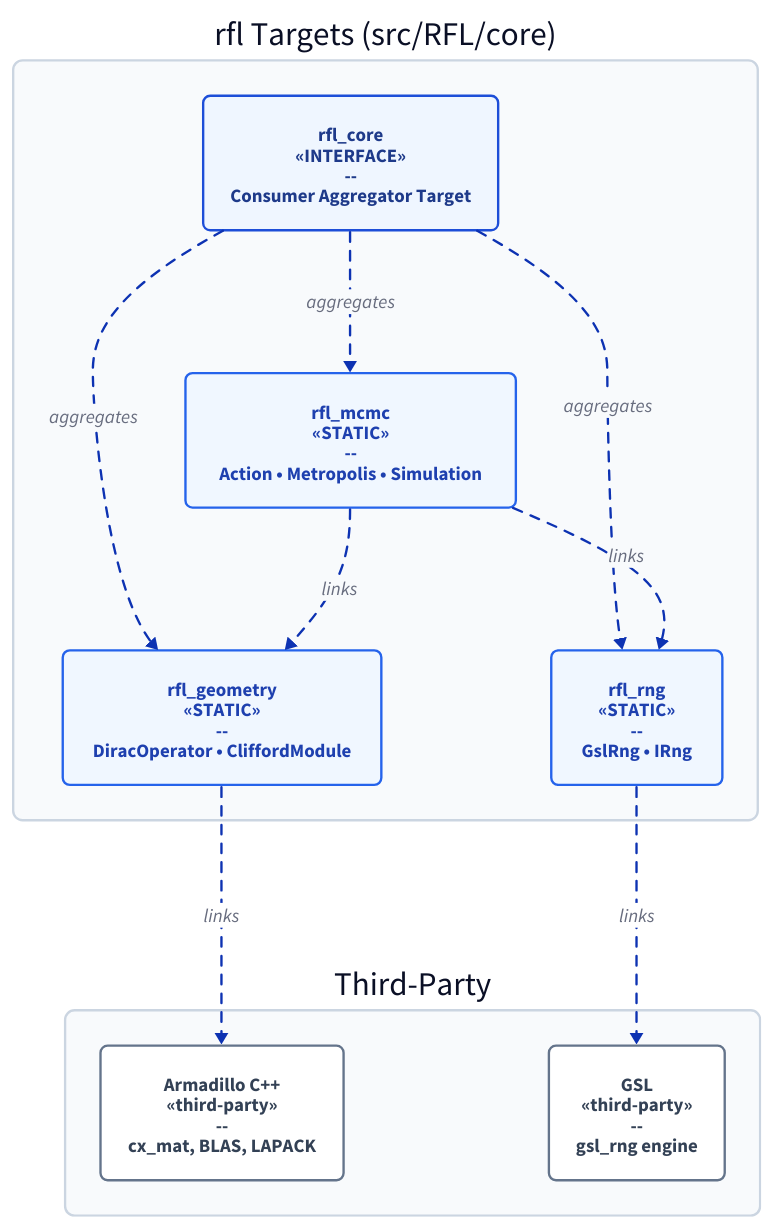
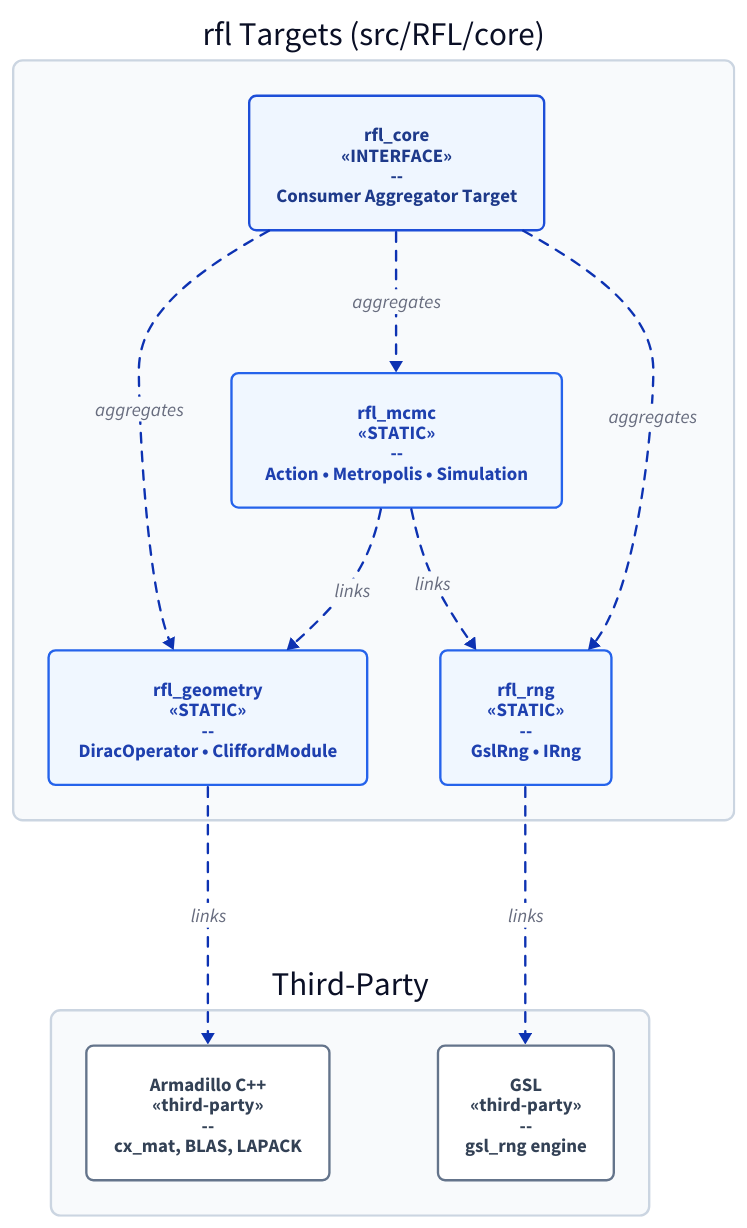
The diagram in docs/images/cmake_targets.d2 (pauldruce/RFL), drawn with D2 before and after one commit. The commit also changed 1 other file, not shown here.

Commit message:
tidy diagram up a bit

```diff
--- a/docs/images/cmake_targets.d2
+++ b/docs/images/cmake_targets.d2
@@ -1,92 +1,93 @@
 # RFL Modular CMake Target Architecture (C4 Model Palette)
 # Regenerate SVG: d2 --layout=elk cmake_targets.d2 cmake_targets_d2.svg
 
 direction: down
 
 rfl_targets: "rfl Targets (src/RFL/core)" {
   style: {
     fill: "#f8fafc"
     stroke: "#cbd5e1"
     stroke-width: 2
     border-radius: 8
   }
 
   core: "rfl_core\n«INTERFACE»\n--\nConsumer Aggregator Target" {
     style: {
       fill: "#eff6ff"
       stroke: "#1d4ed8"
       stroke-width: 2
       border-radius: 6
       font-color: "#1e3a8a"
     }
   }
 
   mcmc: "rfl_mcmc\n«STATIC»\n--\nAction • Metropolis • Simulation" {
     style: {
       fill: "#f0f7ff"
       stroke: "#2563eb"
       stroke-width: 2
       border-radius: 6
       font-color: "#1e40af"
     }
   }
 
   geom: "rfl_geometry\n«STATIC»\n--\nDiracOperator • CliffordModule" {
     style: {
       fill: "#f0f7ff"
       stroke: "#2563eb"
       stroke-width: 2
       border-radius: 6
       font-color: "#1e40af"
     }
   }
 
   rng: "rfl_rng\n«STATIC»\n--\nGslRng • IRng" {
     style: {
       fill: "#f0f7ff"
       stroke: "#2563eb"
       stroke-width: 2
       border-radius: 6
       font-color: "#1e40af"
     }
   }
 
-  core -> mcmc: aggregates { style.stroke-dash: 4 }
-  core -> geom: aggregates { style.stroke-dash: 4 }
-  core -> rng: aggregates { style.stroke-dash: 4 }
+  core -> rng: aggregates {style.stroke-dash: 4}
 
-  mcmc -> geom: links { style.stroke-dash: 4 }
-  mcmc -> rng: links { style.stroke-dash: 4 }
+  core -> mcmc: aggregates {style.stroke-dash: 4}
+  mcmc -> geom: links {style.stroke-dash: 4}
+  mcmc -> rng: links {style.stroke-dash: 4}
+
+  core -> geom: aggregates {style.stroke-dash: 4}
 }
 
 external: "Third-Party" {
   style: {
     fill: "#f8fafc"
     stroke: "#cbd5e1"
     stroke-width: 2
     border-radius: 8
   }
 
   arma: "Armadillo C++\n«third-party»\n--\ncx_mat, BLAS, LAPACK" {
     style: {
       fill: "#ffffff"
       stroke: "#64748b"
       stroke-width: 2
       border-radius: 6
       font-color: "#334155"
     }
   }
 
   gsl: "GSL\n«third-party»\n--\ngsl_rng engine" {
     style: {
       fill: "#ffffff"
       stroke: "#64748b"
       stroke-width: 2
       border-radius: 6
       font-color: "#334155"
     }
   }
 }
 
-rfl_targets.geom -> external.arma: links { style.stroke-dash: 4 }
-rfl_targets.rng -> external.gsl: links { style.stroke-dash: 4 }
+rfl_targets.geom -> external.arma: links {style.stroke-dash: 4}
+rfl_targets.rng -> external.gsl: links {style.stroke-dash: 4}
```
